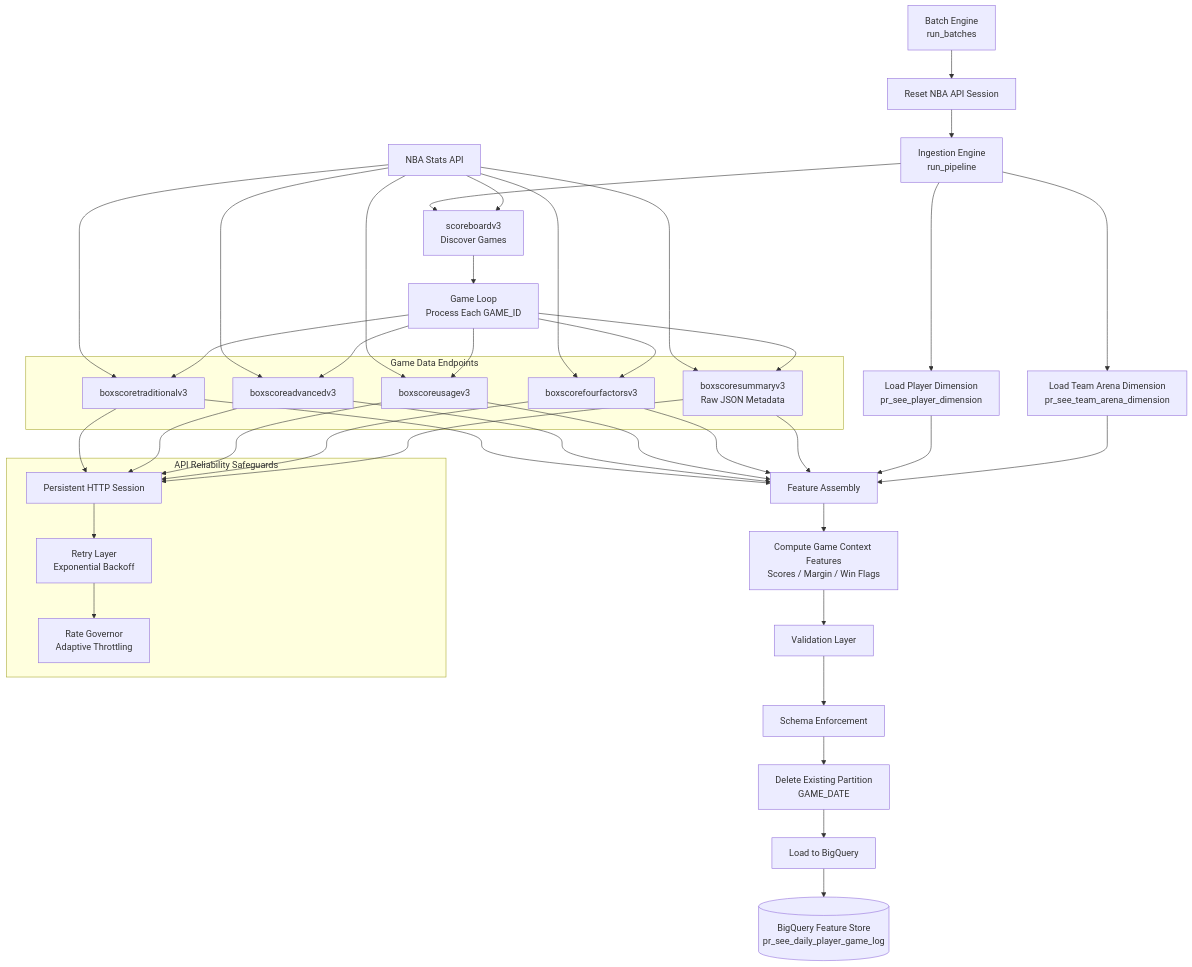
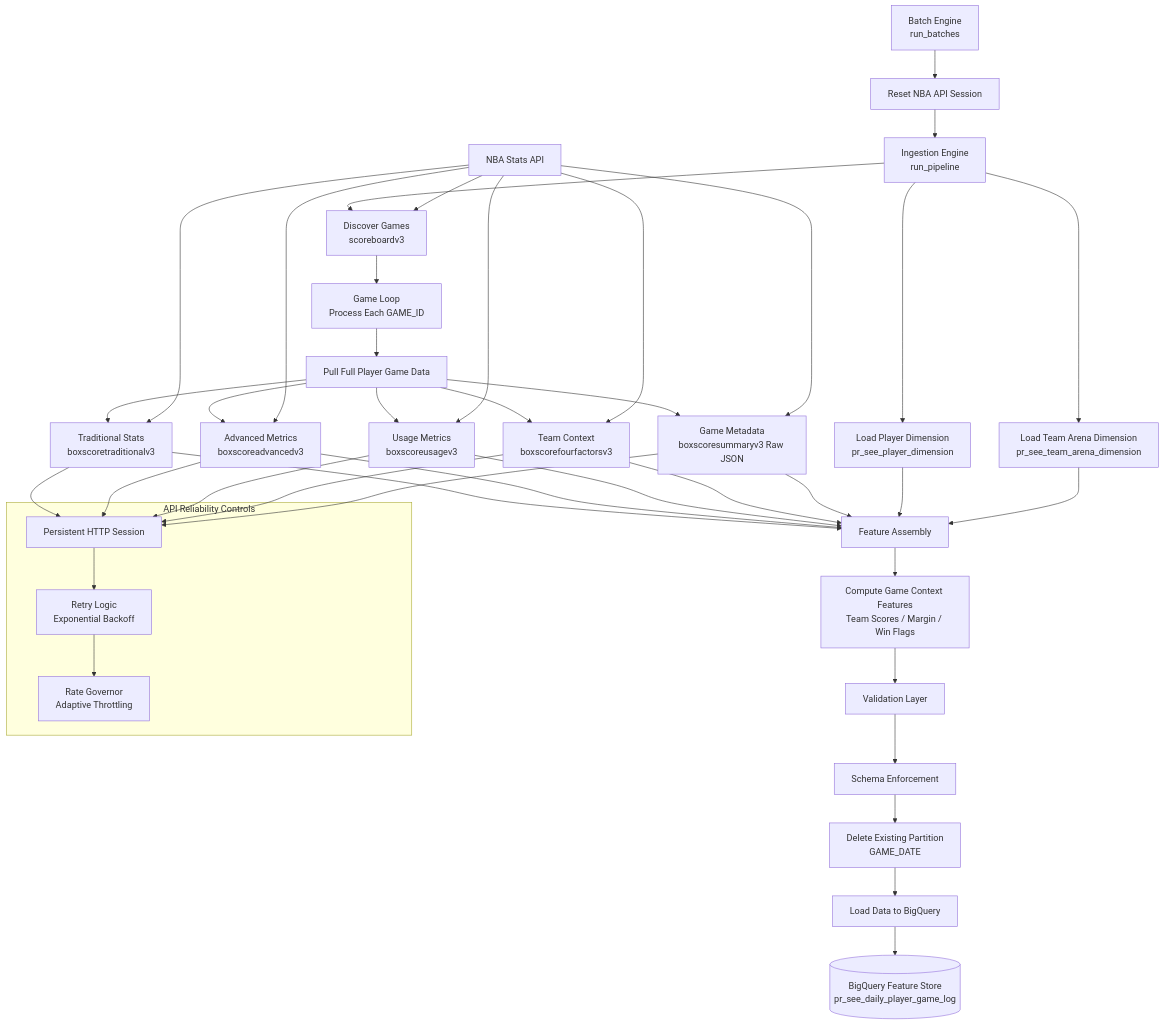
Before and after one commit to zh412/nba-feature-store: the diagram in README.md, drawn with Mermaid.

Commit message:
Update architecture diagram to reflect ingestion pipeline

````diff
--- a/README.md
+++ b/README.md
@@ -74,7 +74,7 @@
 B --> C[Ingestion Engine<br>run_pipeline]
 
 %% =========================================================
-%% DIMENSION INITIALIZATION
+%% DIMENSION LOADING
 %% =========================================================
 
 C --> D[Load Player Dimension<br>pr_see_player_dimension]
@@ -84,7 +84,7 @@
 %% GAME DISCOVERY
 %% =========================================================
 
-C --> F[scoreboardv3<br>Discover Games]
+C --> F[Discover Games<br>scoreboardv3]
 
 API[NBA Stats API] --> F
 
@@ -94,81 +94,73 @@
 %% GAME DATA COLLECTION
 %% =========================================================
 
-subgraph GAME_ENDPOINTS[Game Data Endpoints]
+G --> H[Pull Full Player Game Data]
 
-T1[boxscoretraditionalv3]
-T2[boxscoreadvancedv3]
-T3[boxscoreusagev3]
-T4[boxscorefourfactorsv3]
-T5[boxscoresummaryv3<br>Raw JSON Metadata]
+H --> I[Traditional Stats<br>boxscoretraditionalv3]
+H --> J[Advanced Metrics<br>boxscoreadvancedv3]
+H --> K[Usage Metrics<br>boxscoreusagev3]
+H --> L[Team Context<br>boxscorefourfactorsv3]
+H --> M[Game Metadata<br>boxscoresummaryv3 Raw JSON]
 
-end
-
-API --> T1
-API --> T2
-API --> T3
-API --> T4
-API --> T5
-
-G --> T1
-G --> T2
-G --> T3
-G --> T4
-G --> T5
+API --> I
+API --> J
+API --> K
+API --> L
+API --> M
 
 %% =========================================================
 %% FEATURE ASSEMBLY
 %% =========================================================
 
-T1 --> H[Feature Assembly]
-T2 --> H
-T3 --> H
-T4 --> H
-T5 --> H
+I --> N[Feature Assembly]
+J --> N
+K --> N
+L --> N
+M --> N
 
-D --> H
-E --> H
+D --> N
+E --> N
 
 %% =========================================================
 %% DERIVED FEATURES
 %% =========================================================
 
-H --> I[Compute Game Context Features<br>Scores / Margin / Win Flags]
+N --> O[Compute Game Context Features<br>Team Scores / Margin / Win Flags]
 
 %% =========================================================
 %% DATA QUALITY LAYER
 %% =========================================================
 
-I --> J[Validation Layer]
-J --> K[Schema Enforcement]
+O --> P[Validation Layer]
+P --> Q[Schema Enforcement]
 
 %% =========================================================
 %% WAREHOUSE LOAD
 %% =========================================================
 
-K --> L[Delete Existing Partition<br>GAME_DATE]
-L --> M[Load to BigQuery]
+Q --> R[Delete Existing Partition<br>GAME_DATE]
+R --> S[Load Data to BigQuery]
 
-M --> N[(BigQuery Feature Store<br>pr_see_daily_player_game_log)]
+S --> T[(BigQuery Feature Store<br>pr_see_daily_player_game_log)]
 
 %% =========================================================
-%% API RELIABILITY LAYER
+%% API RELIABILITY SAFEGUARDS
 %% =========================================================
 
-subgraph API_RELIABILITY[API Reliability Safeguards]
+subgraph API_RELIABILITY[API Reliability Controls]
 
-R1[Persistent HTTP Session]
-R2[Retry Layer<br>Exponential Backoff]
-R3[Rate Governor<br>Adaptive Throttling]
+U[Persistent HTTP Session]
+V[Retry Logic<br>Exponential Backoff]
+W[Rate Governor<br>Adaptive Throttling]
+
+U --> V
+V --> W
 
 end
 
-T1 --> R1
-T2 --> R1
-T3 --> R1
-T4 --> R1
-T5 --> R1
-
-R1 --> R2
-R2 --> R3
+I --> U
+J --> U
+K --> U
+L --> U
+M --> U
 ```
````
